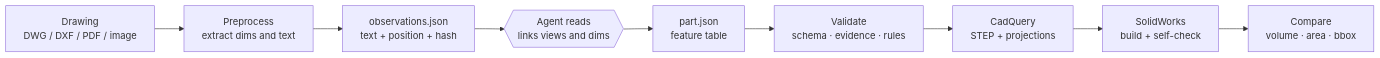
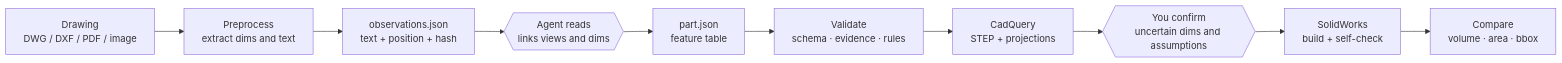
One commit to jasonXiao422/drawing2sw changed the diagram in README.en.md. Above: the diagram before and after it, drawn with Mermaid. The commit also changed other lines of this file and 5 other files, not shown here.

````diff
--- a/README.en.md
+++ b/README.en.md
@@ -63,11 +64,12 @@
 ```mermaid
 flowchart LR
     A[Drawing<br>DWG / DXF / PDF / image] --> B[Preprocess<br>extract dims and text]
     B --> C[observations.json<br>text + position + hash]
     C --> D{{Agent reads<br>links views and dims}}
     D --> E[part.json<br>feature table]
     E --> F[Validate<br>schema · evidence · rules]
     F --> G[CadQuery<br>STEP + projections]
-    G --> H[SolidWorks<br>build + self-check]
+    G --> Q{{You confirm<br>uncertain dims and assumptions}}
+    Q --> H[SolidWorks<br>build + self-check]
     H --> I[Compare<br>volume · area · bbox]
 ```
````
